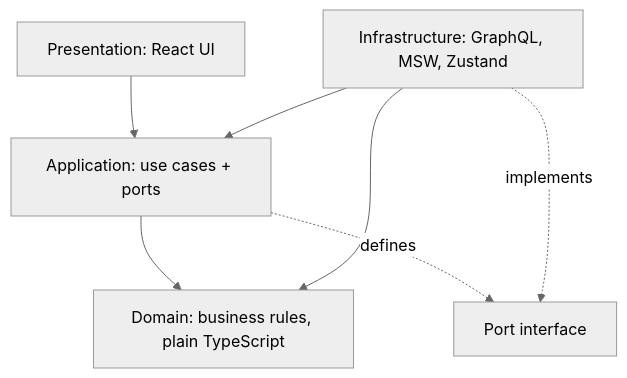
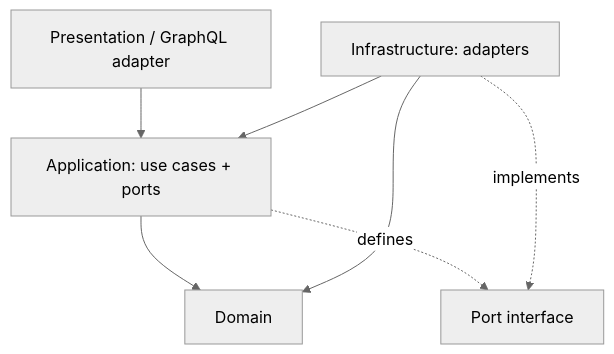
One commit to tonirilix/career-pipeline changed the third of 3 diagrams in README.md. Above: the diagram before and after it, drawn with Mermaid (neutral theme). The commit also changed other lines of this file and 3 other files, not shown here.

````diff
--- a/README.md
+++ b/README.md
@@ -62,15 +98,14 @@
 ```mermaid
 flowchart TB
-  Domain[Domain: business rules, plain TypeScript]
+  Domain[Domain]
   Application[Application: use cases + ports]
-  Infrastructure[Infrastructure: GraphQL, MSW, Zustand]
-  Presentation[Presentation: React UI]
+  Infrastructure[Infrastructure: adapters]
+  Presentation[Presentation / GraphQL adapter]
 
   Presentation --> Application
   Application --> Domain
   Infrastructure --> Application
   Infrastructure --> Domain
-
   Application -. defines .-> Port[Port interface]
   Infrastructure -. implements .-> Port
 ```
````
